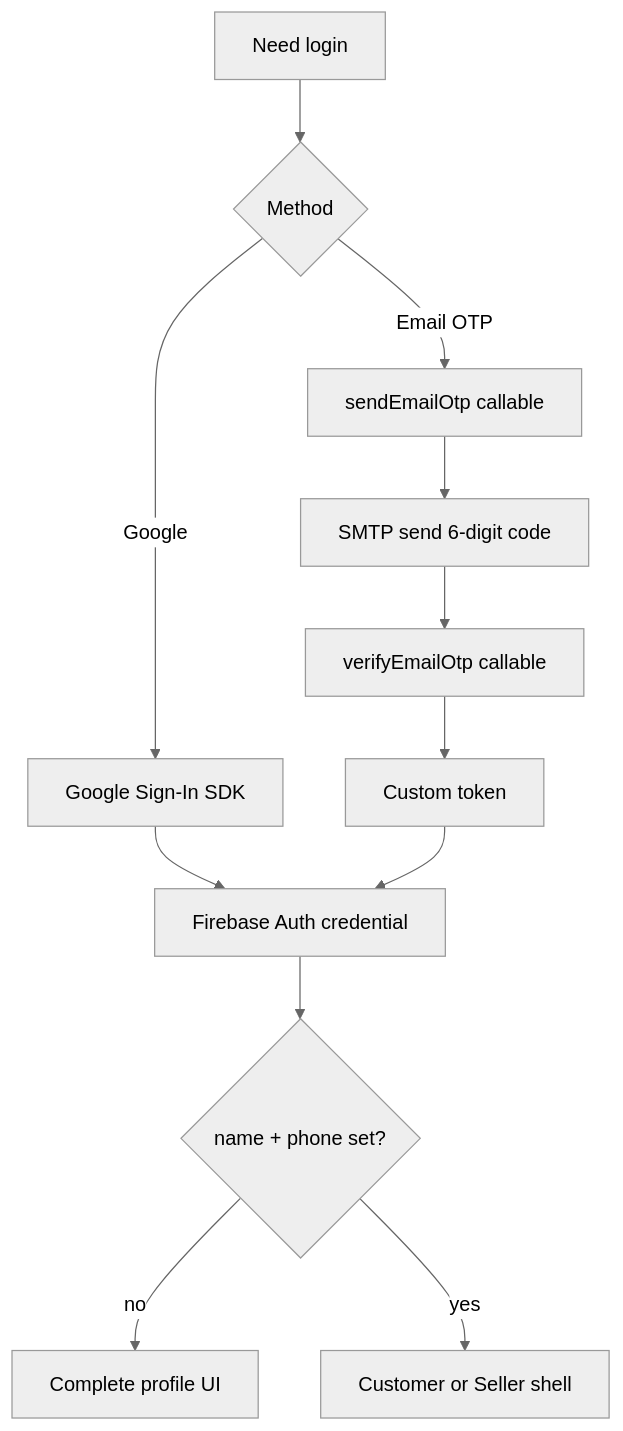
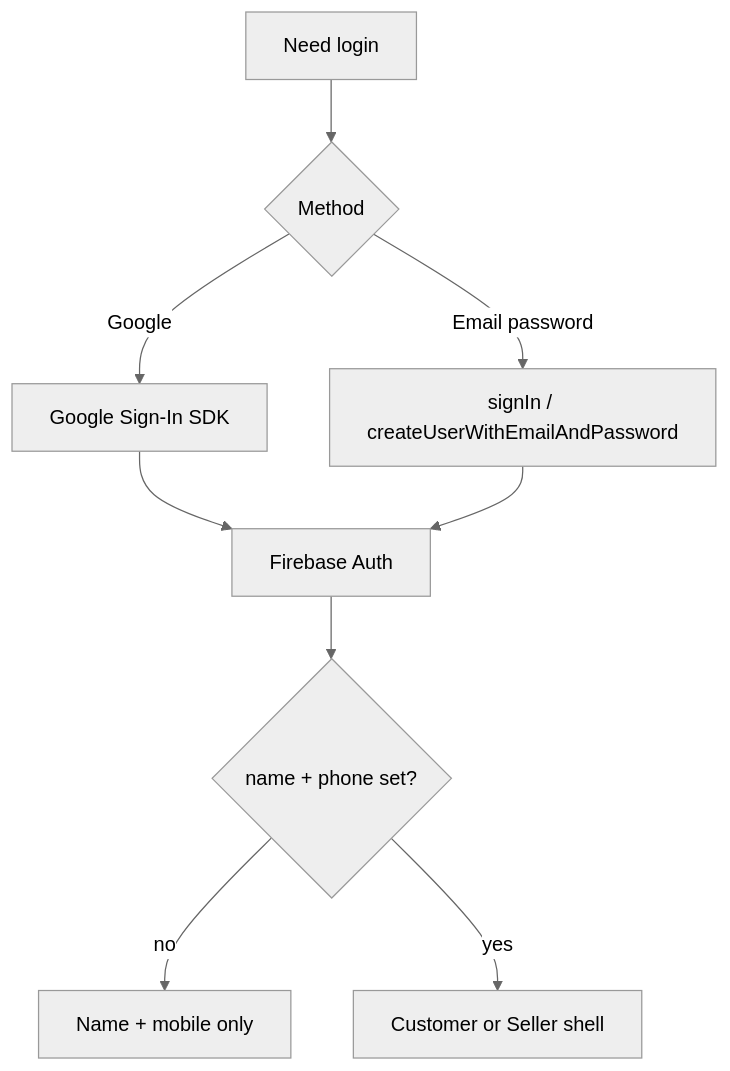
Before and after one commit to codecrafteryt/paanipe: the seventh of 12 diagrams in README.md, drawn with Mermaid (neutral theme). The commit also changed other lines of this file and 17 other files, not shown here.

First line of the commit message:
feat: switch auth to Email/Password + Google on Firebase

````diff
--- a/README.md
+++ b/README.md
@@ -258,14 +255,11 @@
 ```mermaid
 flowchart TD
   Start[Need login] --> Choice{Method}
   Choice -->|Google| GSI[Google Sign-In SDK]
-  GSI --> FA[Firebase Auth credential]
-  Choice -->|Email OTP| Send[sendEmailOtp callable]
-  Send --> Mail[SMTP send 6-digit code]
-  Mail --> Verify[verifyEmailOtp callable]
-  Verify --> Token[Custom token]
-  Token --> FA
+  GSI --> FA[Firebase Auth]
+  Choice -->|Email password| EP[signIn / createUserWithEmailAndPassword]
+  EP --> FA
   FA --> Profile{name + phone set?}
-  Profile -->|no| Complete[Complete profile UI]
+  Profile -->|no| Complete[Name + mobile only]
   Profile -->|yes| App[Customer or Seller shell]
 ```
````
